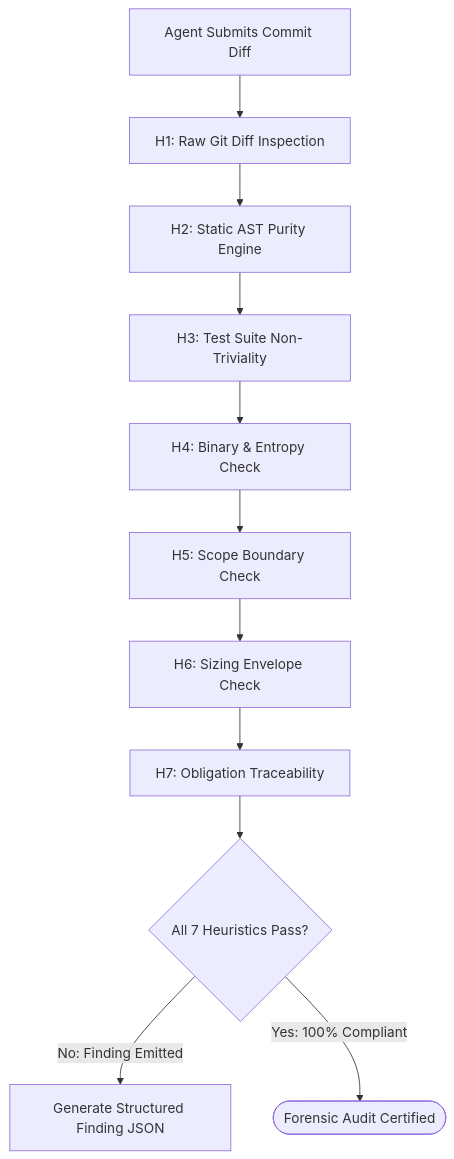
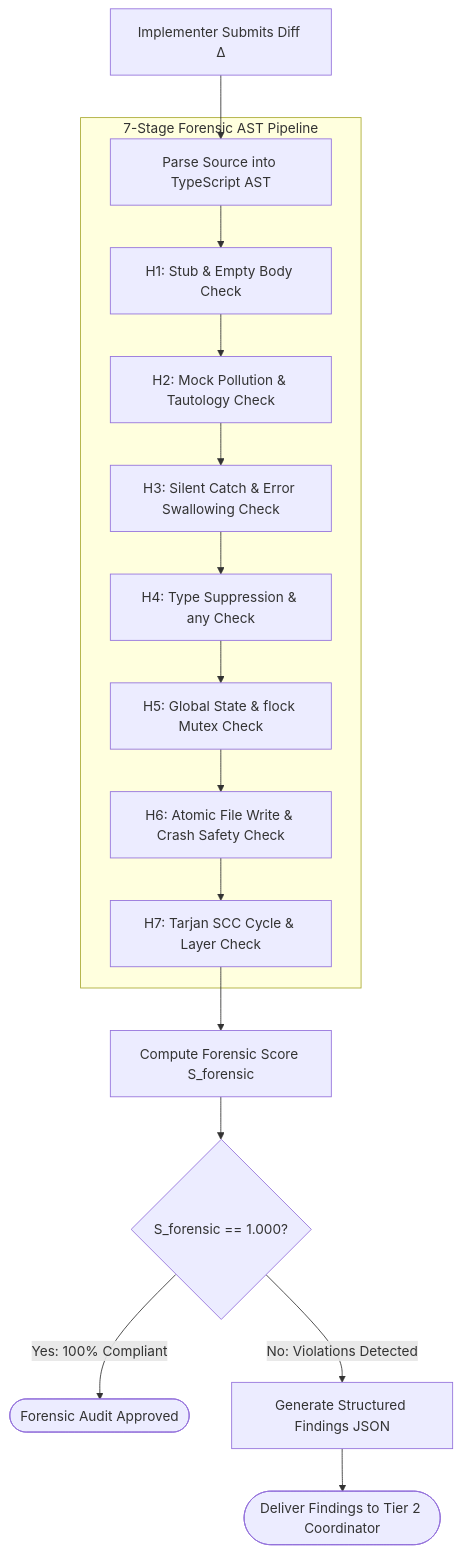
Before and after one commit to onurseckin/skills: the diagram in docs/olt/architecture/08-adversarial-validation-repair/08-03-meta-auditor-seven-forensic-heuristics.md, drawn with Mermaid. The commit also changed other lines of this file and 163 other files, not shown here.

````diff
--- a/docs/olt/architecture/08-adversarial-validation-repair/08-03-meta-auditor-seven-forensic-heuristics.md
+++ b/docs/olt/architecture/08-adversarial-validation-repair/08-03-meta-auditor-seven-forensic-heuristics.md
@@ -93,14 +117,21 @@
 ```mermaid
 flowchart TD
-    CommitDiff[Agent Submits Commit Diff] --> H1[H1: Raw Git Diff Inspection]
-    H1 --> H2[H2: Static AST Purity Engine]
-    H2 --> H3[H3: Test Suite Non-Triviality]
-    H3 --> H4[H4: Binary & Entropy Check]
-    H4 --> H5[H5: Scope Boundary Check]
-    H5 --> H6[H6: Sizing Envelope Check]
-    H6 --> H7[H7: Obligation Traceability]
+    SubmitDiff[Implementer Submits Diff Δ] --> ParseAST[Parse Source into TypeScript AST]
 
-    H7 --> AllPass{All 7 Heuristics Pass?}
-    AllPass -->|No: Finding Emitted| EmitFinding[Generate Structured Finding JSON]
-    AllPass -->|Yes: 100% Compliant| PassAudit([Forensic Audit Certified])
+    subgraph HeuristicAuditPipeline [7-Stage Forensic AST Pipeline]
+        ParseAST --> H1[H1: Stub & Empty Body Check]
+        H1 --> H2[H2: Mock Pollution & Tautology Check]
+        H2 --> H3[H3: Silent Catch & Error Swallowing Check]
+        H3 --> H4[H4: Type Suppression & any Check]
+        H4 --> H5[H5: Global State & flock Mutex Check]
+        H5 --> H6[H6: Atomic File Write & Crash Safety Check]
+        H6 --> H7[H7: Tarjan SCC Cycle & Layer Check]
+    end
+
+    H7 --> CalcScore[Compute Forensic Score S_forensic]
+    CalcScore --> CheckPass{S_forensic == 1.000?}
+
+    CheckPass -->|Yes: 100% Compliant| PassAudit([Forensic Audit Approved])
+    CheckPass -->|No: Violations Detected| GenFindings[Generate Structured Findings JSON]
+    GenFindings --> DeliverCoordinator([Deliver Findings to Tier 2 Coordinator])
 ```
````
